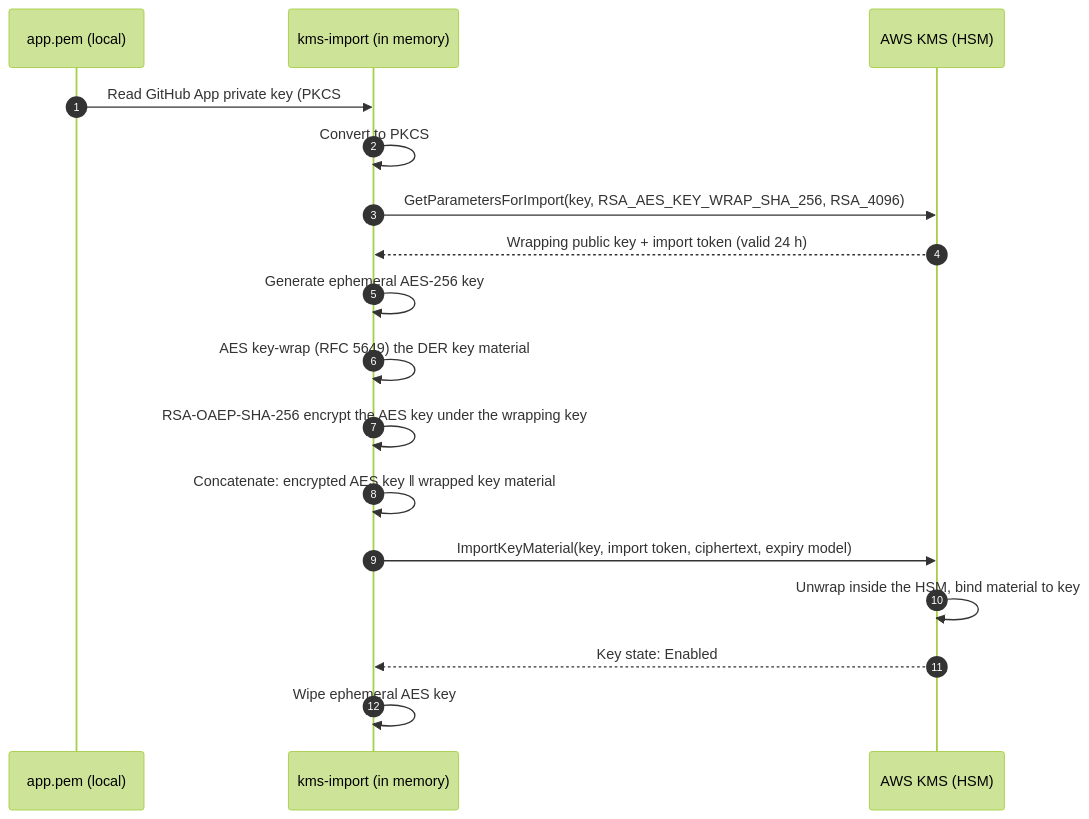
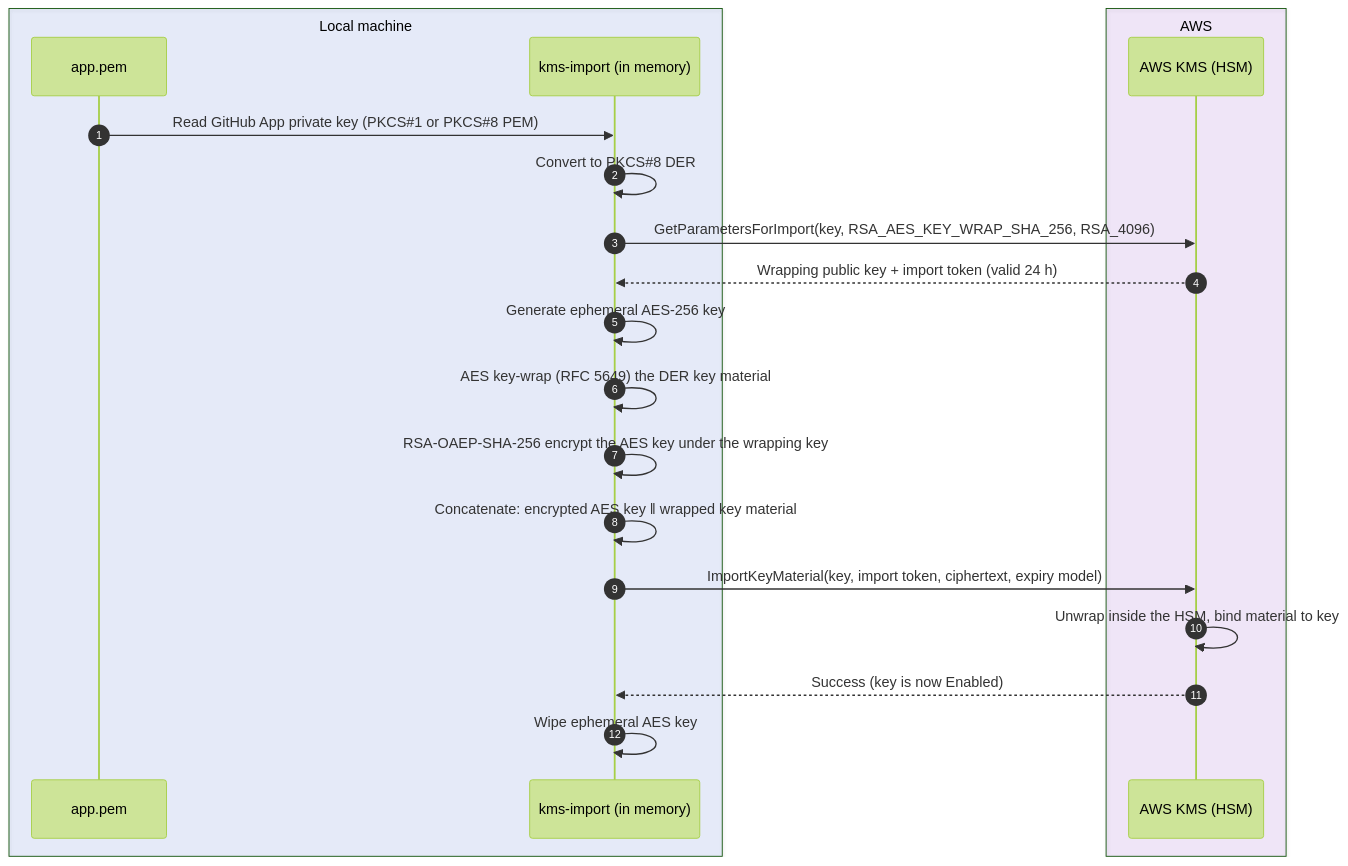
One commit to chinmina/kms-import changed the diagram in README.md. Above: the diagram before and after it, drawn with Mermaid (forest theme). The commit also changed other lines of this file, not shown here.

Commit message:
docs: deduplicate README and link to Chinmina KMS guide

````diff
--- a/README.md
+++ b/README.md
@@ -30,20 +20,24 @@
 ```mermaid
 sequenceDiagram
     autonumber
-    participant PEM as app.pem (local)
-    participant Tool as kms-import (in memory)
-    participant KMS as AWS KMS (HSM)
+    box rgba(29,78,216,0.10) Local machine
+        participant PEM as app.pem
+        participant Tool as kms-import (in memory)
+    end
+    box rgba(126,34,206,0.10) AWS
+        participant KMS as AWS KMS (HSM)
+    end
 
-    PEM->>Tool: Read GitHub App private key (PKCS#1 or PKCS#8 PEM)
-    Tool->>Tool: Convert to PKCS#8 DER
+    PEM->>Tool: Read GitHub App private key (PKCS#35;1 or PKCS#35;8 PEM)
+    Tool->>Tool: Convert to PKCS#35;8 DER
     Tool->>KMS: GetParametersForImport(key, RSA_AES_KEY_WRAP_SHA_256, RSA_4096)
     KMS-->>Tool: Wrapping public key + import token (valid 24 h)
     Tool->>Tool: Generate ephemeral AES-256 key
     Tool->>Tool: AES key-wrap (RFC 5649) the DER key material
     Tool->>Tool: RSA-OAEP-SHA-256 encrypt the AES key under the wrapping key
     Tool->>Tool: Concatenate: encrypted AES key ‖ wrapped key material
     Tool->>KMS: ImportKeyMaterial(key, import token, ciphertext, expiry model)
     KMS->>KMS: Unwrap inside the HSM, bind material to key
-    KMS-->>Tool: Key state: Enabled
+    KMS-->>Tool: Success (key is now Enabled)
     Tool->>Tool: Wipe ephemeral AES key
 ```
````
